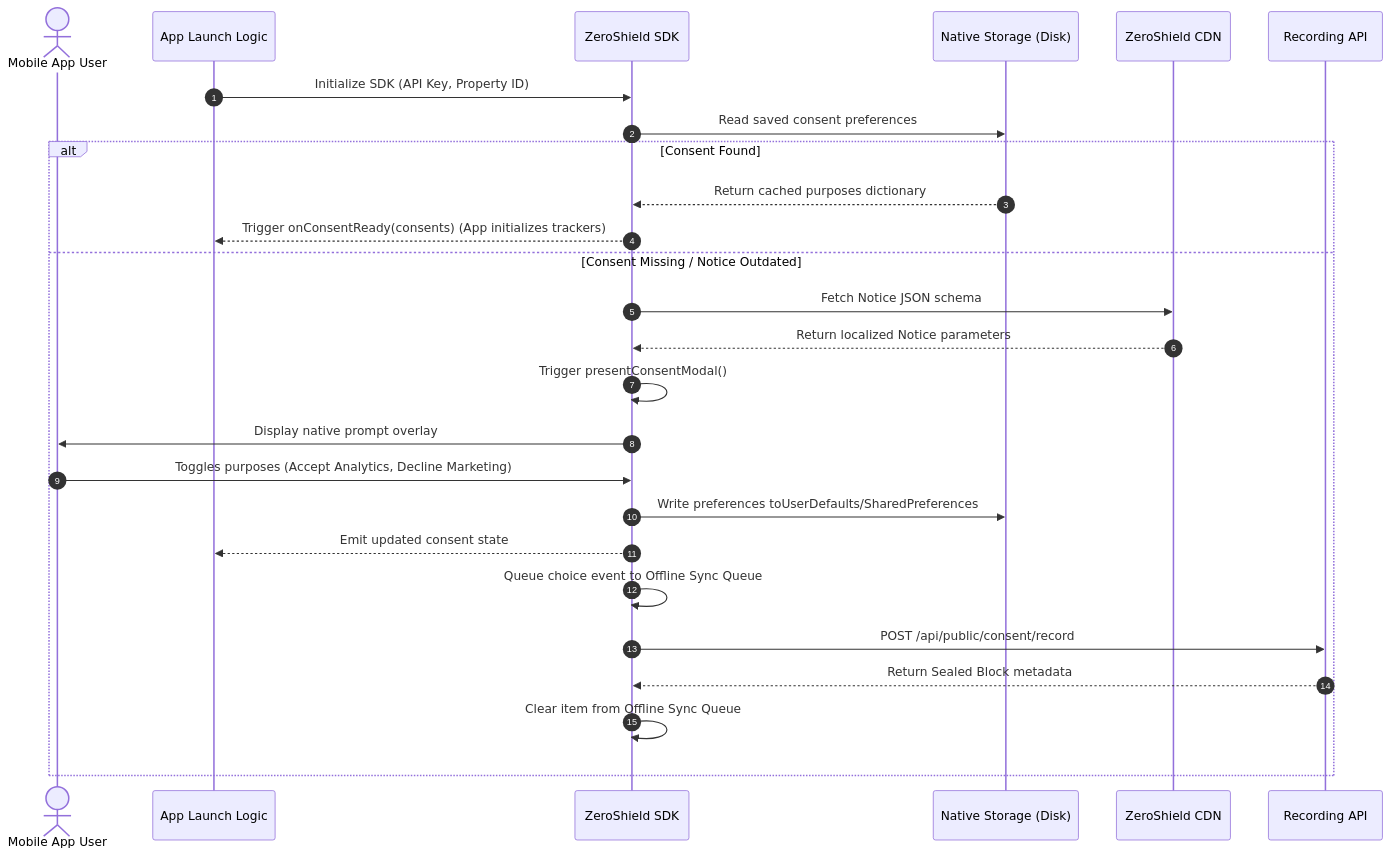
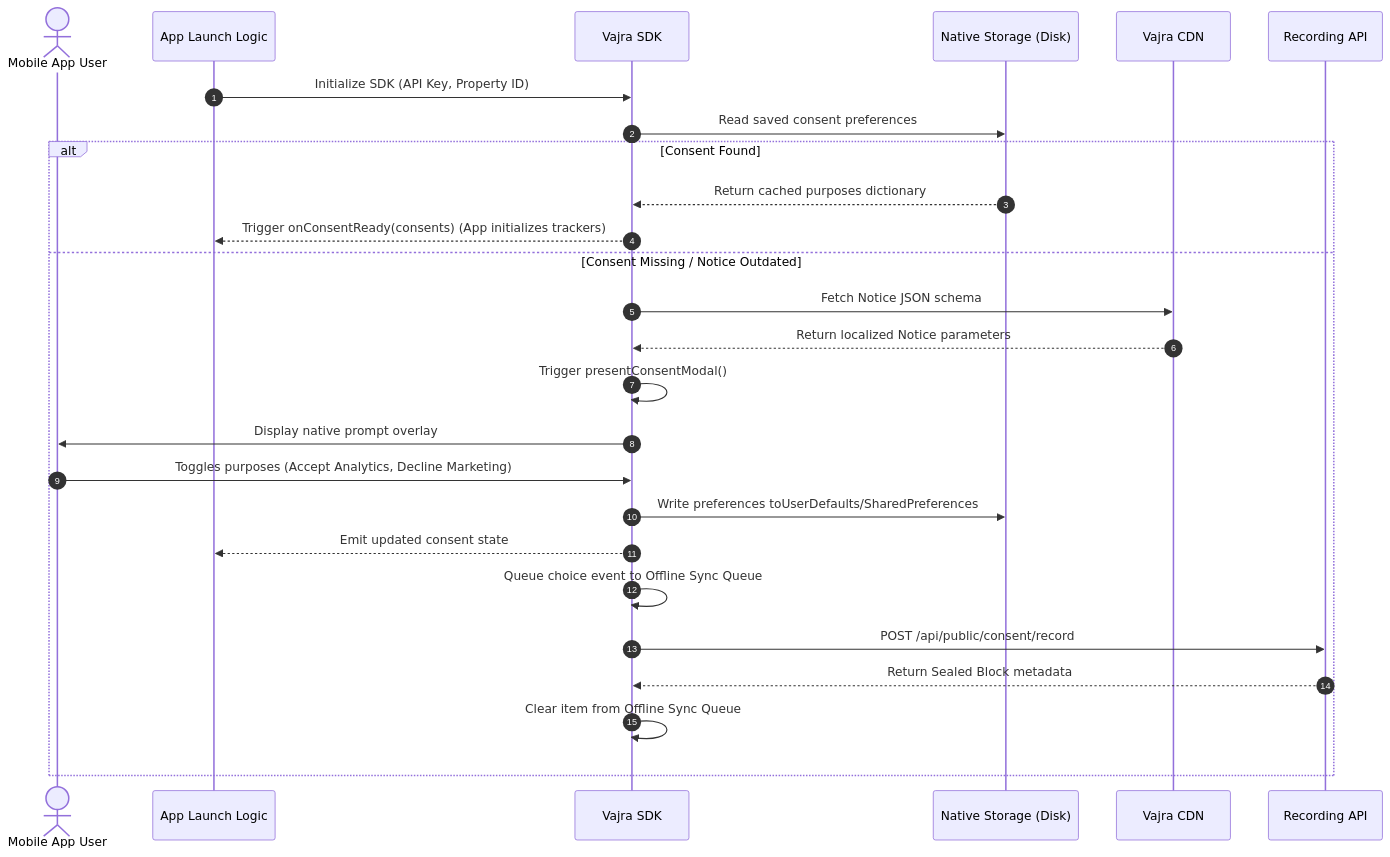
One commit to shreyv7/hack changed the second of 2 diagrams in backend/platform_docs/Integrations/mobile_sdk.md. Above: the diagram before and after it, drawn with Mermaid. The commit also changed other lines of this file and 345 other files, not shown here.

````diff
--- a/backend/platform_docs/Integrations/mobile_sdk.md
+++ b/backend/platform_docs/Integrations/mobile_sdk.md
@@ -53,30 +53,30 @@
 ```mermaid
 sequenceDiagram
     autonumber
     actor Principal as Mobile App User
     participant App as App Launch Logic
-    participant SDK as ZeroShield SDK
+    participant SDK as Vajra SDK
     participant Storage as Native Storage (Disk)
-    participant CDN as ZeroShield CDN
+    participant CDN as Vajra CDN
     participant API as Recording API
 
     App->>SDK: Initialize SDK (API Key, Property ID)
     SDK->>Storage: Read saved consent preferences
     
     alt Consent Found
         Storage-->>SDK: Return cached purposes dictionary
         SDK-->>App: Trigger onConsentReady(consents) (App initializes trackers)
     else Consent Missing / Notice Outdated
         SDK->>CDN: Fetch Notice JSON schema
         CDN-->>SDK: Return localized Notice parameters
         SDK->>SDK: Trigger presentConsentModal()
         SDK->>Principal: Display native prompt overlay
         Principal->>SDK: Toggles purposes (Accept Analytics, Decline Marketing)
         SDK->>Storage: Write preferences toUserDefaults/SharedPreferences
         SDK-->>App: Emit updated consent state
         SDK->>SDK: Queue choice event to Offline Sync Queue
         SDK->>API: POST /api/public/consent/record
         API-->>SDK: Return Sealed Block metadata
         SDK->>SDK: Clear item from Offline Sync Queue
     end
 ```
````
